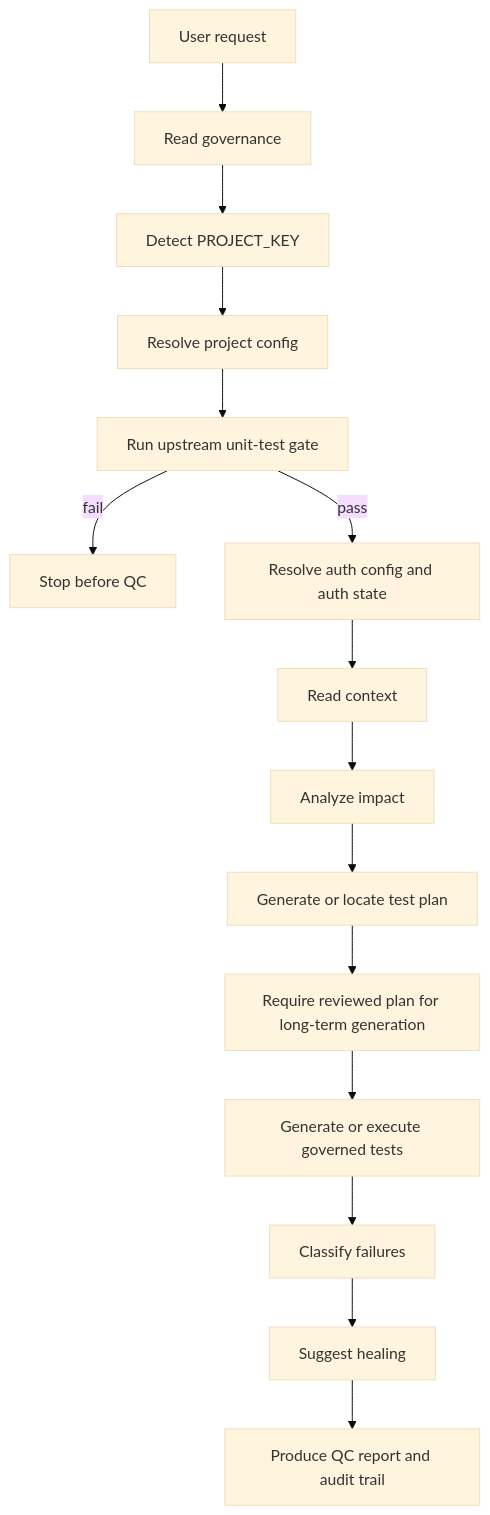
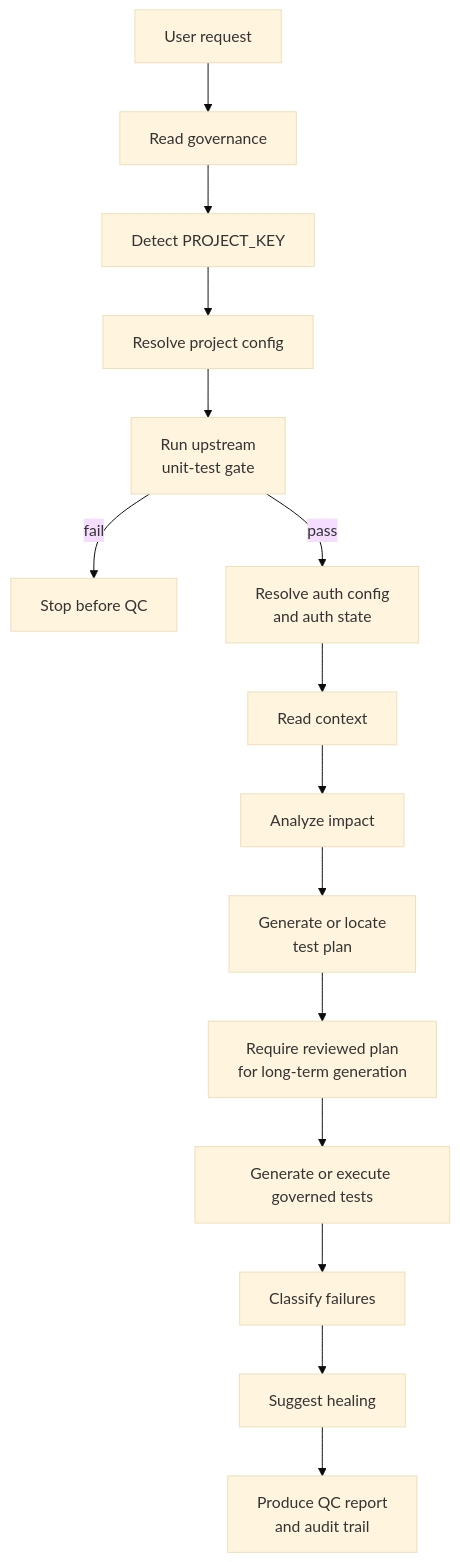
The first of 5 diagrams in docs/qa/ai-qc-workflow.md (Qin-BL/quality-platform), drawn with Mermaid (base theme) before and after one commit. The commit also changed other lines of this file and 2 other files, not shown here.

Commit message:
Improve diagram readability

```diff
--- a/docs/qa/ai-qc-workflow.md
+++ b/docs/qa/ai-qc-workflow.md
@@ -22,17 +22,17 @@
 ::: mermaid
 graph TD
     A["User request"] --> B["Read governance"]
     B --> C["Detect PROJECT_KEY"]
     C --> D["Resolve project config"]
-    D --> E["Run upstream unit-test gate"]
+    D --> E["Run upstream<br/>unit-test gate"]
     E -->|fail| F["Stop before QC"]
-    E -->|pass| G["Resolve auth config and auth state"]
+    E -->|pass| G["Resolve auth config<br/>and auth state"]
     G --> H["Read context"]
     H --> I["Analyze impact"]
-    I --> J["Generate or locate test plan"]
-    J --> K["Require reviewed plan for long-term generation"]
+    I --> J["Generate or locate<br/>test plan"]
+    J --> K["Require reviewed plan<br/>for long-term generation"]
     K --> L["Generate or execute governed tests"]
     L --> M["Classify failures"]
     M --> N["Suggest healing"]
-    N --> O["Produce QC report and audit trail"]
+    N --> O["Produce QC report<br/>and audit trail"]
 :::
```
